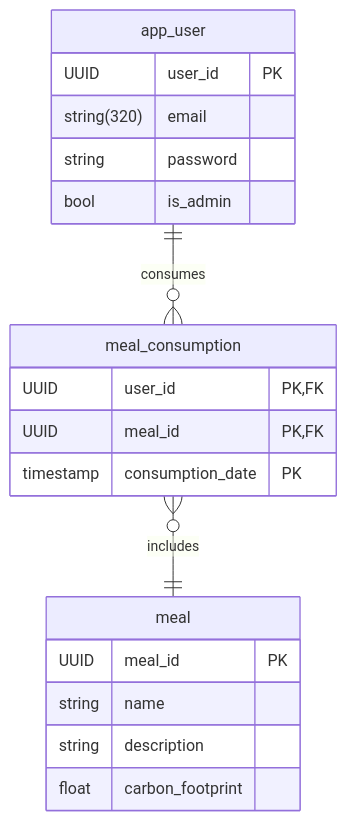
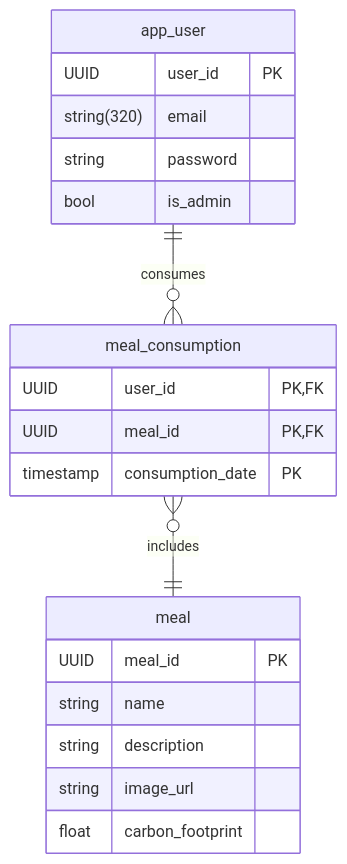
The diagram in README.md (louis-marceron/web-project-ig3-back), drawn with Mermaid before and after one commit. The commit also changed 3 other files, not shown here.

Commit message:
feat: add url to meals image + set encoding for the db

````diff
--- a/README.md
+++ b/README.md
@@ -30,25 +30,26 @@
 ```mermaid
 erDiagram
 app_user {
     UUID user_id PK
     string(320) email
     string password
     bool is_admin
 }
 
 meal {
     UUID meal_id PK
     string name
     string description
+    string image_url
     float carbon_footprint
 }
 
 meal_consumption {
     UUID user_id PK,FK
     UUID meal_id PK,FK
     timestamp consumption_date PK
 }
 
 app_user ||--o{ meal_consumption : consumes
 meal_consumption }o--|| meal : includes
 ```
````
